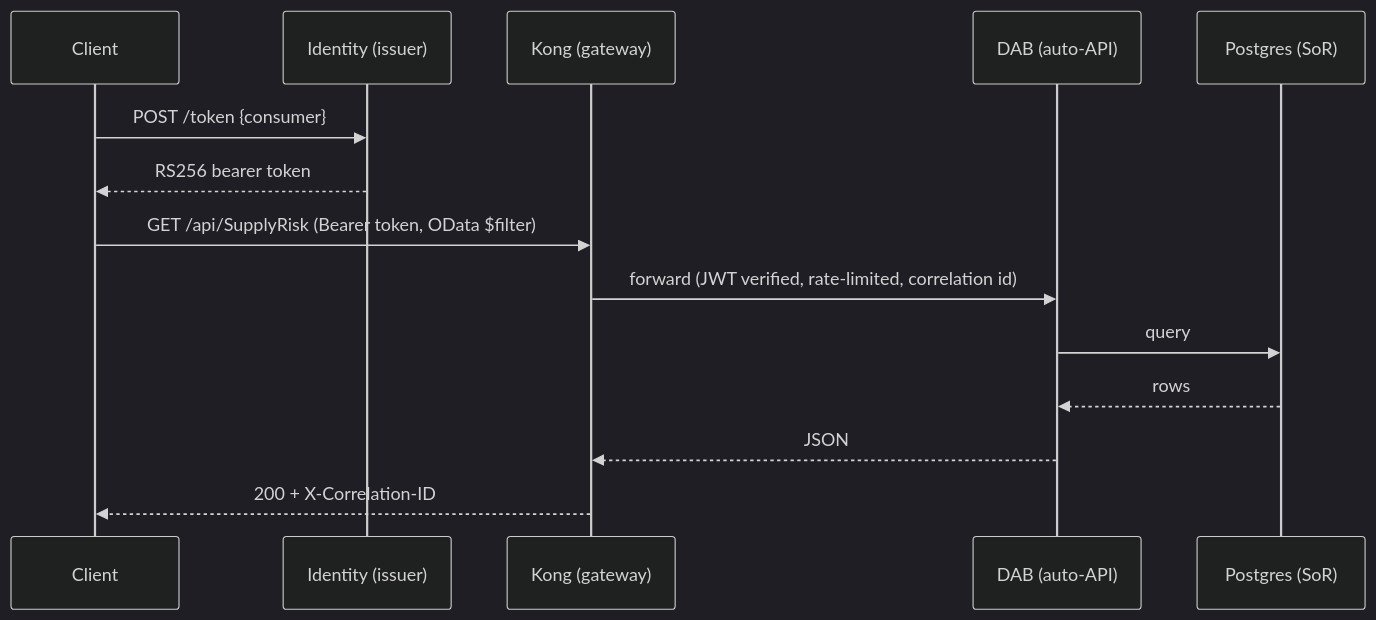
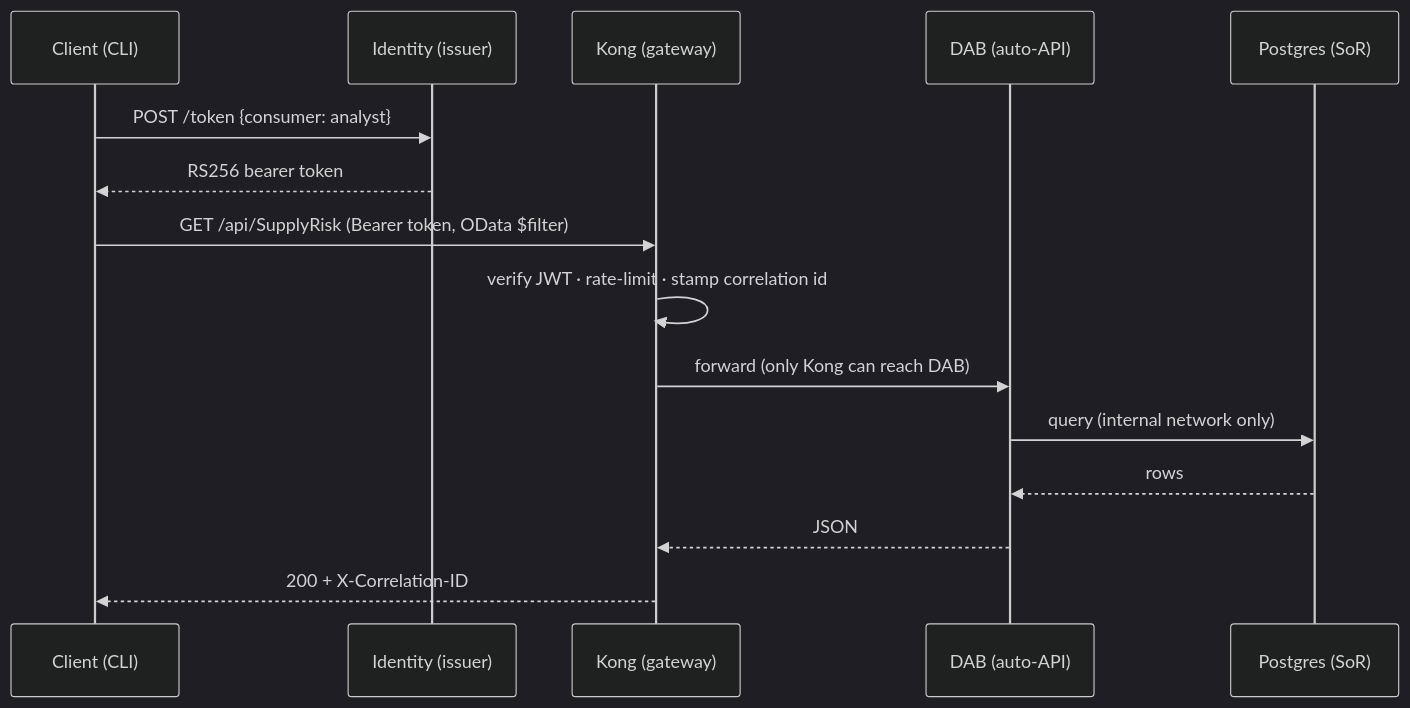
One commit to fgarofalo56/nasa-api-first-poc changed the second of 2 diagrams in docs/DEMO-SCRIPT.md. Above: the diagram before and after it, drawn with Mermaid (dark theme). The commit also changed other lines of this file and 40 other files, not shown here.

````diff
--- a/docs/DEMO-SCRIPT.md
+++ b/docs/DEMO-SCRIPT.md
@@ -83,16 +208,17 @@
 ```mermaid
 sequenceDiagram
-    participant C as Client
+    participant C as Client (CLI)
     participant I as Identity (issuer)
     participant K as Kong (gateway)
     participant D as DAB (auto-API)
     participant P as Postgres (SoR)
-    C->>I: POST /token {consumer}
+    C->>I: POST /token {consumer: analyst}
     I-->>C: RS256 bearer token
     C->>K: GET /api/SupplyRisk (Bearer token, OData $filter)
-    K->>D: forward (JWT verified, rate-limited, correlation id)
-    D->>P: query
+    K->>K: verify JWT · rate-limit · stamp correlation id
+    K->>D: forward (only Kong can reach DAB)
+    D->>P: query (internal network only)
     P-->>D: rows
     D-->>K: JSON
     K-->>C: 200 + X-Correlation-ID
 ```
````
